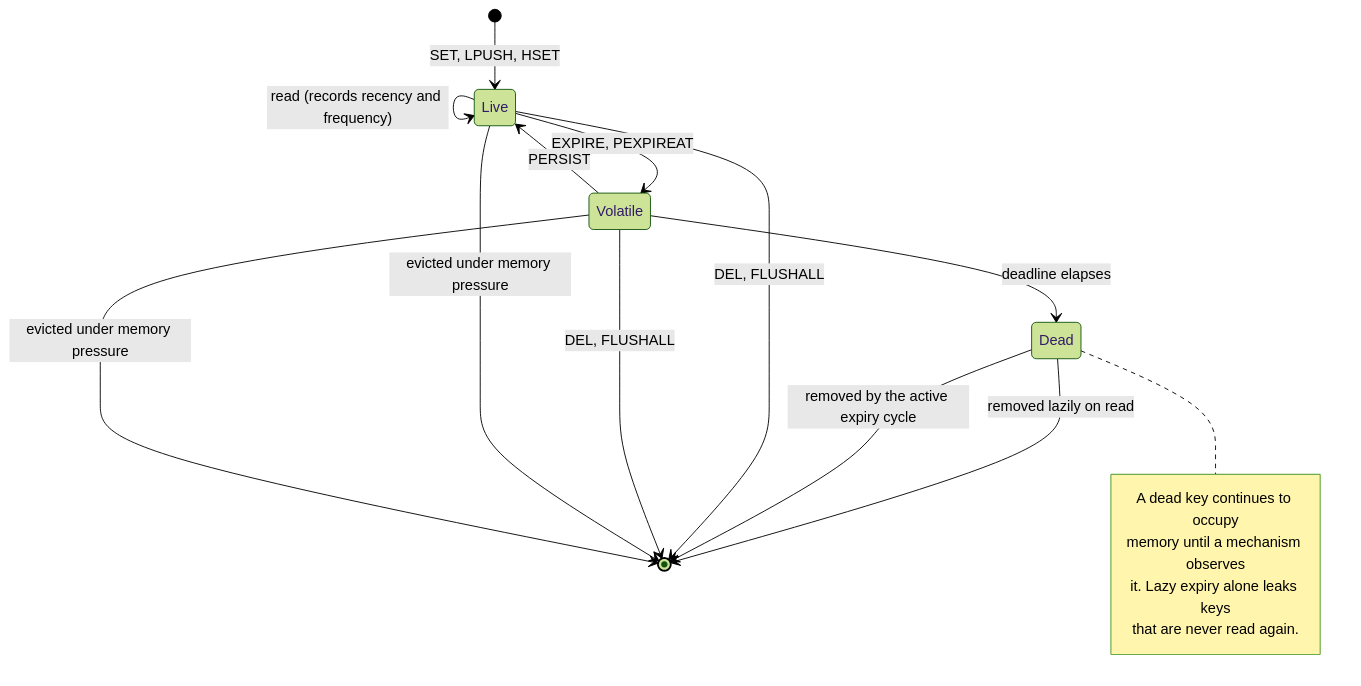
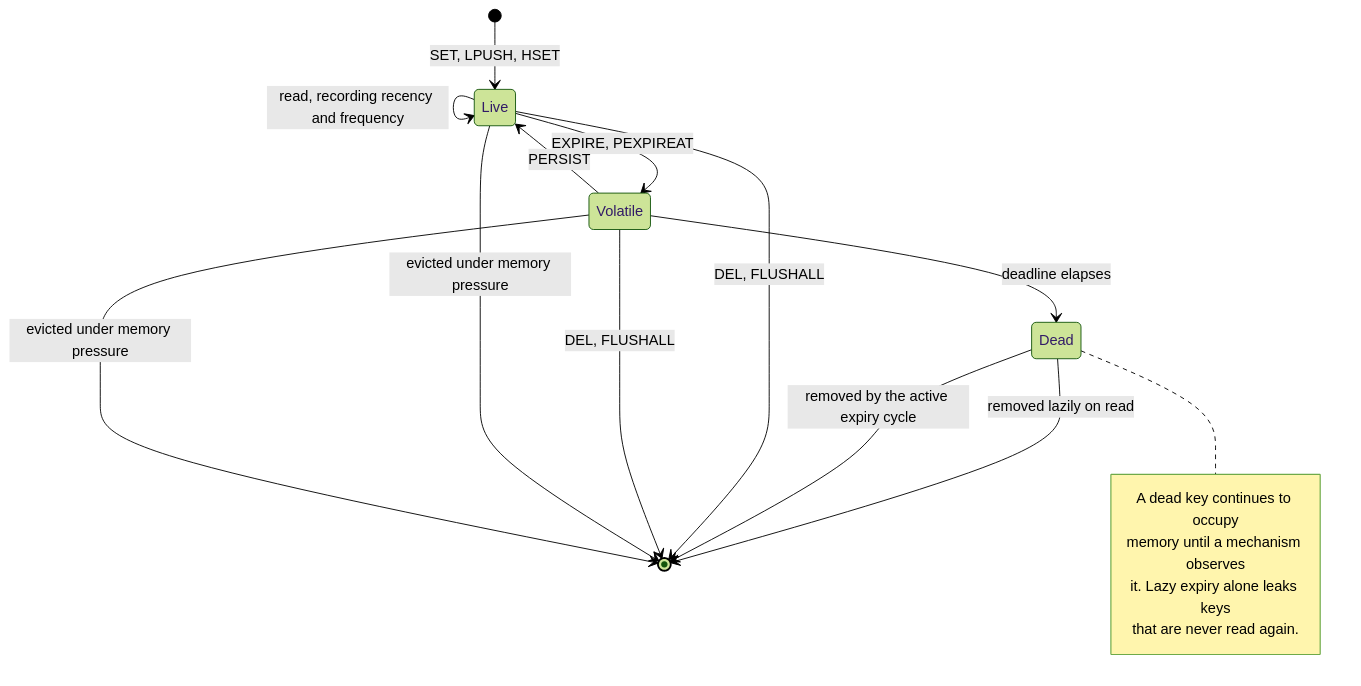
The fourth of 9 diagrams in ARCHITECTURE.md (AviK0928/RedisGo), drawn with Mermaid (forest theme) before and after one commit. The commit also changed other lines of this file, not shown here.

Commit message:
Refine terminology in ARCHITECTURE.md

````diff
--- a/ARCHITECTURE.md
+++ b/ARCHITECTURE.md
@@ -183,25 +182,25 @@
 ```mermaid
 stateDiagram-v2
     [*] --> Live: SET, LPUSH, HSET
 
-    Live --> Live: read (records recency and frequency)
+    Live --> Live: read, recording recency and frequency
     Live --> Volatile: EXPIRE, PEXPIREAT
     Volatile --> Live: PERSIST
 
     Volatile --> Dead: deadline elapses
     Dead --> [*]: removed lazily on read
     Dead --> [*]: removed by the active expiry cycle
 
     Live --> [*]: DEL, FLUSHALL
     Volatile --> [*]: DEL, FLUSHALL
 
     Live --> [*]: evicted under memory pressure
     Volatile --> [*]: evicted under memory pressure
 
     note right of Dead
         A dead key continues to occupy
         memory until a mechanism observes
         it. Lazy expiry alone leaks keys
         that are never read again.
     end note
 ```
````
